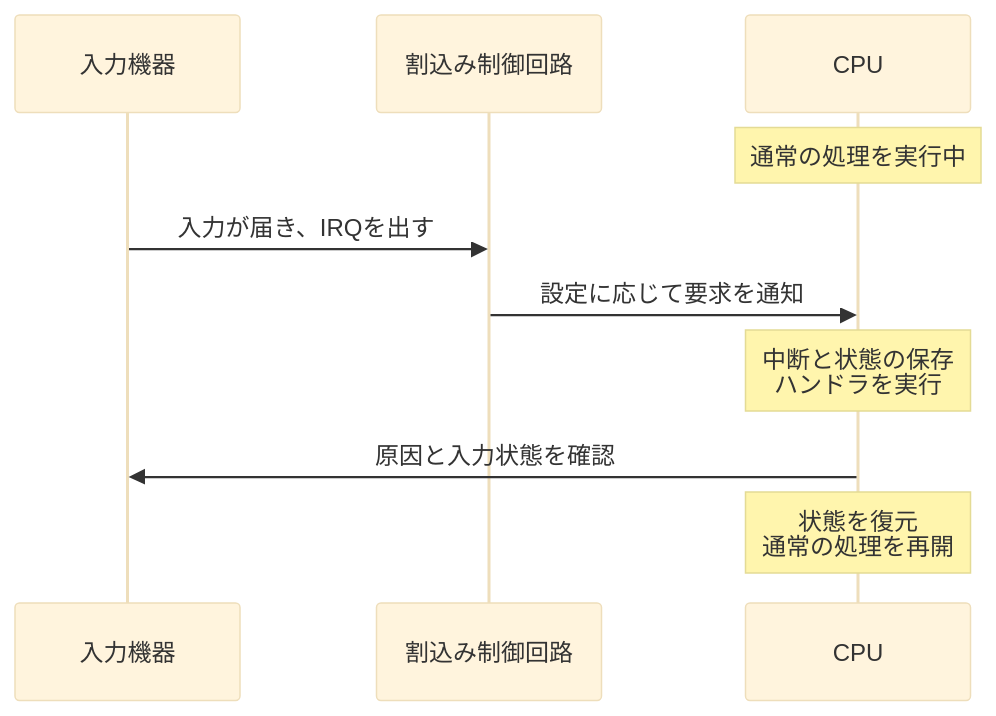
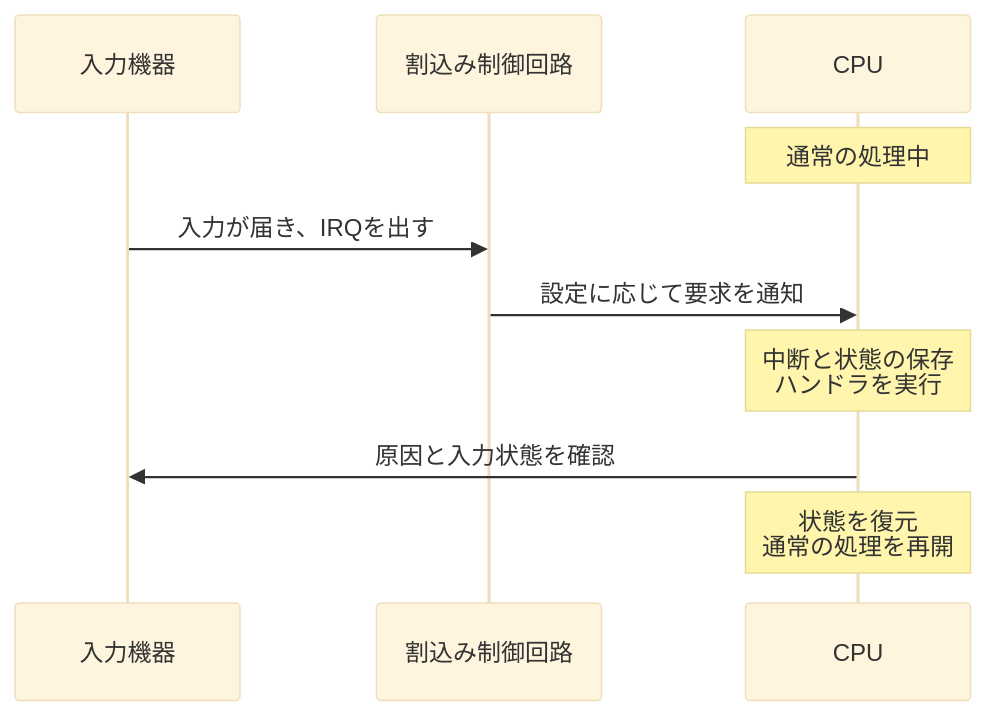
One commit to masanork/nihos changed the diagram in docs/book/figures/interrupt-request-path.mmd. Above: the diagram before and after it, drawn with Mermaid (base theme). The commit also changed 4 other files, not shown here.

Commit message:
Refine the basic machine model and keep the CPU diagram with its explanation

```diff
--- a/docs/book/figures/interrupt-request-path.mmd
+++ b/docs/book/figures/interrupt-request-path.mmd
@@ -1,12 +1,12 @@
 sequenceDiagram
     accTitle: 割込み要求から処理と再開まで
     accDescr: 架空の入力機器が割込み要求を出し、コントローラを通ってCPUが受ける。CPUで通常の処理を中断し、必要な状態を保存してハンドラを実行し、復元して再開する。一つのCPUで処理を切り替える例である。
     participant D as 入力機器
     participant I as 割込み制御回路
     participant C as CPU
-    Note over C: 通常の処理を実行中
+    Note over C: 通常の処理中
     D->>I: 入力が届き、IRQを出す
     I->>C: 設定に応じて要求を通知
     Note over C: 中断と状態の保存<br/>ハンドラを実行
     C->>D: 原因と入力状態を確認
     Note over C: 状態を復元<br/>通常の処理を再開
```
